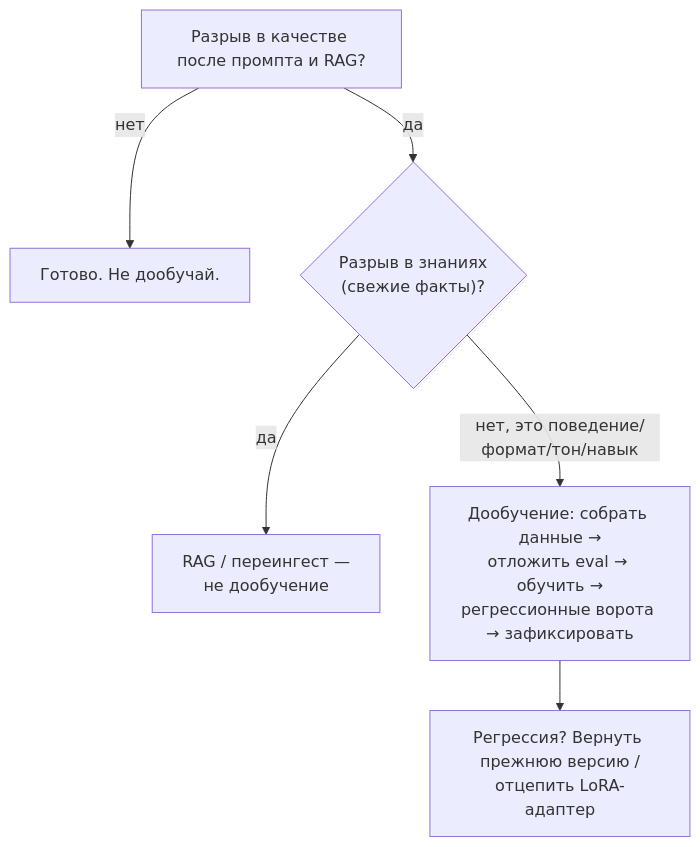
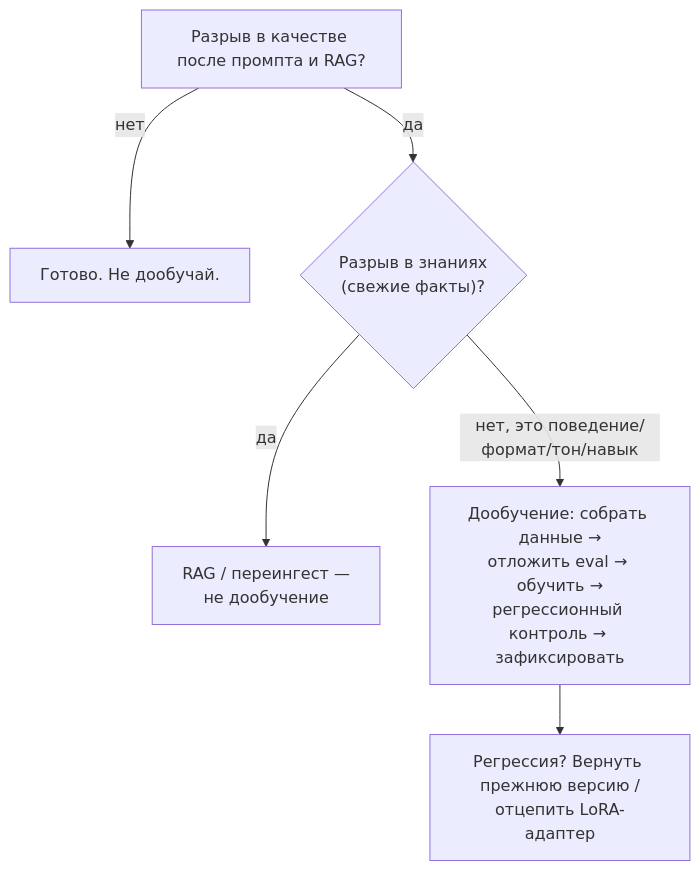
One commit to NikolaiSachok/ai-engineering-handbook changed the first of 3 diagrams in i18n/ru/docusaurus-plugin-content-docs/current/part-3-production/llmops/deep-dive.md. Above: the diagram before and after it, drawn with Mermaid. The commit also changed other lines of this file and 4 other files, not shown here.

````diff
--- a/i18n/ru/docusaurus-plugin-content-docs/current/part-3-production/llmops/deep-dive.md
+++ b/i18n/ru/docusaurus-plugin-content-docs/current/part-3-production/llmops/deep-dive.md
@@ -102,8 +102,8 @@
 ```mermaid
 flowchart TD
     G["Разрыв в качестве после промпта и RAG?"] -->|нет| STOP["Готово. Не дообучай."]
     G -->|да| K{"Разрыв в знаниях<br/>(свежие факты)?"}
     K -->|да| RAG["RAG / переингест —<br/>не дообучение"]
-    K -->|нет, это поведение/формат/тон/навык| T["Дообучение: собрать данные →<br/>отложить eval → обучить →<br/>регрессионные ворота → зафиксировать"]
+    K -->|нет, это поведение/формат/тон/навык| T["Дообучение: собрать данные →<br/>отложить eval → обучить →<br/>регрессионный контроль → зафиксировать"]
     T --> R["Регрессия? Вернуть прежнюю версию /<br/>отцепить LoRA-адаптер"]
 ```
````
